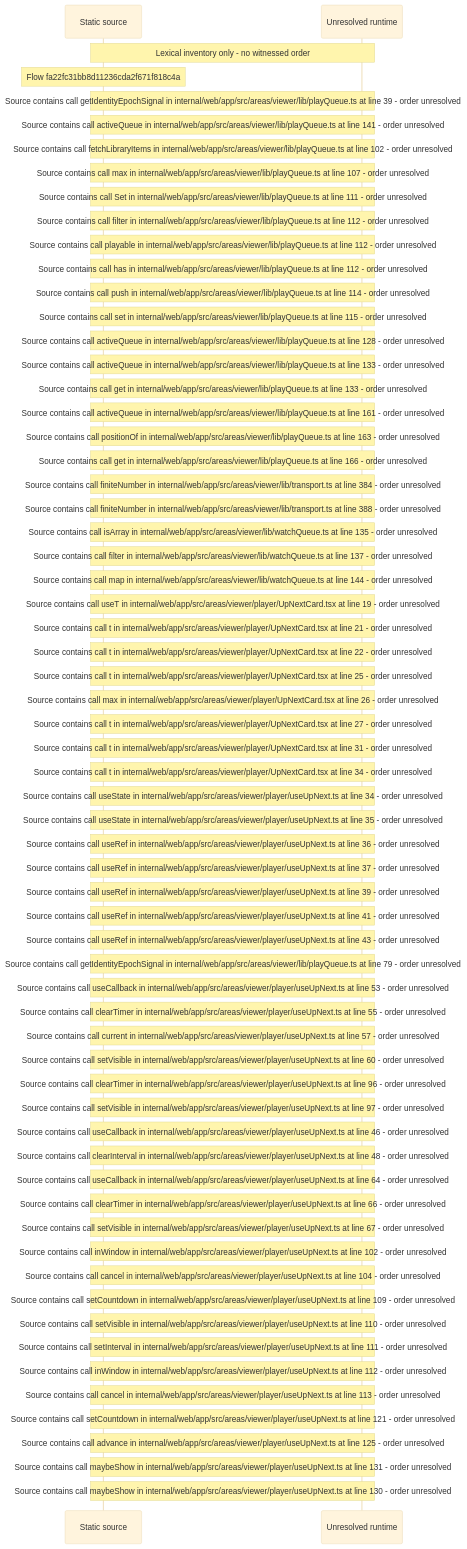
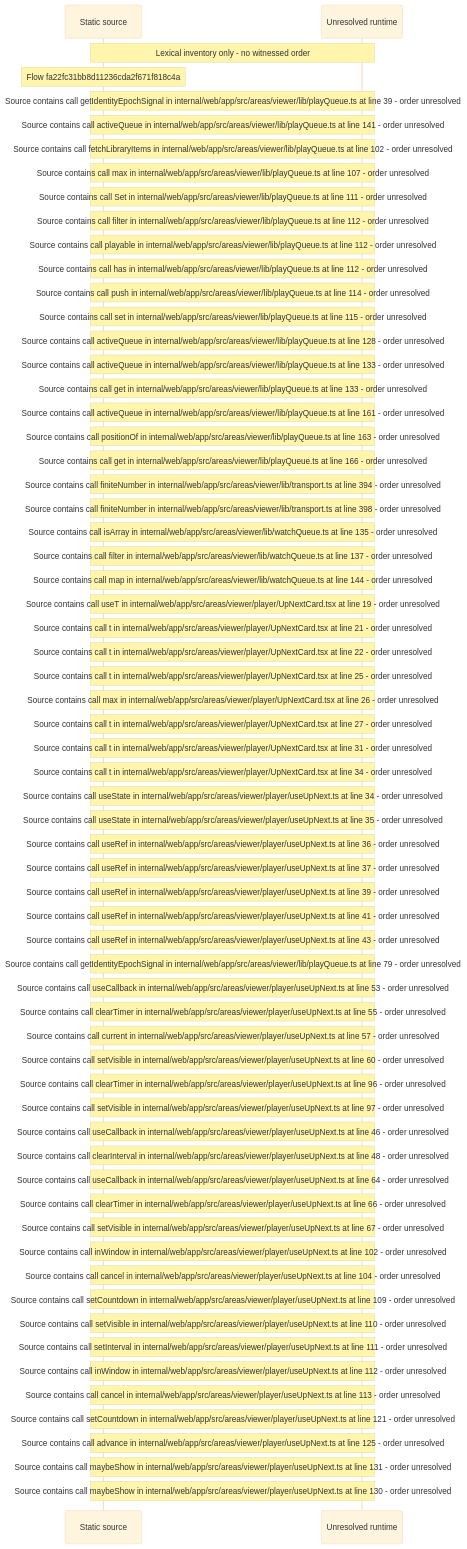
Before and after one commit to beamfall/core: the diagram in docs/web/flows/generated/fa22fc31bb8d11236cda2f671f818c4a/flow-diagram.md, drawn with Mermaid (base theme). The commit also changed other lines of this file and 715 other files, not shown here.

Commit message:
Regenerate the web flow record on the landing stack head (CORE-1762)

````diff
--- a/docs/web/flows/generated/fa22fc31bb8d11236cda2f671f818c4a/flow-diagram.md
+++ b/docs/web/flows/generated/fa22fc31bb8d11236cda2f671f818c4a/flow-diagram.md
@@ -10,66 +10,66 @@
 ```mermaid
 sequenceDiagram
     participant S as Static source
     participant U as Unresolved runtime
     Note over S,U: Lexical inventory only - no witnessed order
     Note over S: Flow fa22fc31bb8d11236cda2f671f818c4a
     Note over S,U: Source contains call getIdentityEpochSignal in internal/web/app/src/areas/viewer/lib/playQueue.ts at line 39 - order unresolved
     Note over S,U: Source contains call activeQueue in internal/web/app/src/areas/viewer/lib/playQueue.ts at line 141 - order unresolved
     Note over S,U: Source contains call fetchLibraryItems in internal/web/app/src/areas/viewer/lib/playQueue.ts at line 102 - order unresolved
     Note over S,U: Source contains call max in internal/web/app/src/areas/viewer/lib/playQueue.ts at line 107 - order unresolved
     Note over S,U: Source contains call Set in internal/web/app/src/areas/viewer/lib/playQueue.ts at line 111 - order unresolved
     Note over S,U: Source contains call filter in internal/web/app/src/areas/viewer/lib/playQueue.ts at line 112 - order unresolved
     Note over S,U: Source contains call playable in internal/web/app/src/areas/viewer/lib/playQueue.ts at line 112 - order unresolved
     Note over S,U: Source contains call has in internal/web/app/src/areas/viewer/lib/playQueue.ts at line 112 - order unresolved
     Note over S,U: Source contains call push in internal/web/app/src/areas/viewer/lib/playQueue.ts at line 114 - order unresolved
     Note over S,U: Source contains call set in internal/web/app/src/areas/viewer/lib/playQueue.ts at line 115 - order unresolved
     Note over S,U: Source contains call activeQueue in internal/web/app/src/areas/viewer/lib/playQueue.ts at line 128 - order unresolved
     Note over S,U: Source contains call activeQueue in internal/web/app/src/areas/viewer/lib/playQueue.ts at line 133 - order unresolved
     Note over S,U: Source contains call get in internal/web/app/src/areas/viewer/lib/playQueue.ts at line 133 - order unresolved
     Note over S,U: Source contains call activeQueue in internal/web/app/src/areas/viewer/lib/playQueue.ts at line 161 - order unresolved
     Note over S,U: Source contains call positionOf in internal/web/app/src/areas/viewer/lib/playQueue.ts at line 163 - order unresolved
     Note over S,U: Source contains call get in internal/web/app/src/areas/viewer/lib/playQueue.ts at line 166 - order unresolved
-    Note over S,U: Source contains call finiteNumber in internal/web/app/src/areas/viewer/lib/transport.ts at line 384 - order unresolved
-    Note over S,U: Source contains call finiteNumber in internal/web/app/src/areas/viewer/lib/transport.ts at line 388 - order unresolved
+    Note over S,U: Source contains call finiteNumber in internal/web/app/src/areas/viewer/lib/transport.ts at line 394 - order unresolved
+    Note over S,U: Source contains call finiteNumber in internal/web/app/src/areas/viewer/lib/transport.ts at line 398 - order unresolved
     Note over S,U: Source contains call isArray in internal/web/app/src/areas/viewer/lib/watchQueue.ts at line 135 - order unresolved
     Note over S,U: Source contains call filter in internal/web/app/src/areas/viewer/lib/watchQueue.ts at line 137 - order unresolved
     Note over S,U: Source contains call map in internal/web/app/src/areas/viewer/lib/watchQueue.ts at line 144 - order unresolved
     Note over S,U: Source contains call useT in internal/web/app/src/areas/viewer/player/UpNextCard.tsx at line 19 - order unresolved
     Note over S,U: Source contains call t in internal/web/app/src/areas/viewer/player/UpNextCard.tsx at line 21 - order unresolved
     Note over S,U: Source contains call t in internal/web/app/src/areas/viewer/player/UpNextCard.tsx at line 22 - order unresolved
     Note over S,U: Source contains call t in internal/web/app/src/areas/viewer/player/UpNextCard.tsx at line 25 - order unresolved
     Note over S,U: Source contains call max in internal/web/app/src/areas/viewer/player/UpNextCard.tsx at line 26 - order unresolved
     Note over S,U: Source contains call t in internal/web/app/src/areas/viewer/player/UpNextCard.tsx at line 27 - order unresolved
     Note over S,U: Source contains call t in internal/web/app/src/areas/viewer/player/UpNextCard.tsx at line 31 - order unresolved
     Note over S,U: Source contains call t in internal/web/app/src/areas/viewer/player/UpNextCard.tsx at line 34 - order unresolved
     Note over S,U: Source contains call useState in internal/web/app/src/areas/viewer/player/useUpNext.ts at line 34 - order unresolved
     Note over S,U: Source contains call useState in internal/web/app/src/areas/viewer/player/useUpNext.ts at line 35 - order unresolved
     Note over S,U: Source contains call useRef in internal/web/app/src/areas/viewer/player/useUpNext.ts at line 36 - order unresolved
     Note over S,U: Source contains call useRef in internal/web/app/src/areas/viewer/player/useUpNext.ts at line 37 - order unresolved
     Note over S,U: Source contains call useRef in internal/web/app/src/areas/viewer/player/useUpNext.ts at line 39 - order unresolved
     Note over S,U: Source contains call useRef in internal/web/app/src/areas/viewer/player/useUpNext.ts at line 41 - order unresolved
     Note over S,U: Source contains call useRef in internal/web/app/src/areas/viewer/player/useUpNext.ts at line 43 - order unresolved
     Note over S,U: Source contains call getIdentityEpochSignal in internal/web/app/src/areas/viewer/lib/playQueue.ts at line 79 - order unresolved
     Note over S,U: Source contains call useCallback in internal/web/app/src/areas/viewer/player/useUpNext.ts at line 53 - order unresolved
     Note over S,U: Source contains call clearTimer in internal/web/app/src/areas/viewer/player/useUpNext.ts at line 55 - order unresolved
     Note over S,U: Source contains call current in internal/web/app/src/areas/viewer/player/useUpNext.ts at line 57 - order unresolved
     Note over S,U: Source contains call setVisible in internal/web/app/src/areas/viewer/player/useUpNext.ts at line 60 - order unresolved
     Note over S,U: Source contains call clearTimer in internal/web/app/src/areas/viewer/player/useUpNext.ts at line 96 - order unresolved
     Note over S,U: Source contains call setVisible in internal/web/app/src/areas/viewer/player/useUpNext.ts at line 97 - order unresolved
     Note over S,U: Source contains call useCallback in internal/web/app/src/areas/viewer/player/useUpNext.ts at line 46 - order unresolved
     Note over S,U: Source contains call clearInterval in internal/web/app/src/areas/viewer/player/useUpNext.ts at line 48 - order unresolved
     Note over S,U: Source contains call useCallback in internal/web/app/src/areas/viewer/player/useUpNext.ts at line 64 - order unresolved
     Note over S,U: Source contains call clearTimer in internal/web/app/src/areas/viewer/player/useUpNext.ts at line 66 - order unresolved
     Note over S,U: Source contains call setVisible in internal/web/app/src/areas/viewer/player/useUpNext.ts at line 67 - order unresolved
     Note over S,U: Source contains call inWindow in internal/web/app/src/areas/viewer/player/useUpNext.ts at line 102 - order unresolved
     Note over S,U: Source contains call cancel in internal/web/app/src/areas/viewer/player/useUpNext.ts at line 104 - order unresolved
     Note over S,U: Source contains call setCountdown in internal/web/app/src/areas/viewer/player/useUpNext.ts at line 109 - order unresolved
     Note over S,U: Source contains call setVisible in internal/web/app/src/areas/viewer/player/useUpNext.ts at line 110 - order unresolved
     Note over S,U: Source contains call setInterval in internal/web/app/src/areas/viewer/player/useUpNext.ts at line 111 - order unresolved
     Note over S,U: Source contains call inWindow in internal/web/app/src/areas/viewer/player/useUpNext.ts at line 112 - order unresolved
     Note over S,U: Source contains call cancel in internal/web/app/src/areas/viewer/player/useUpNext.ts at line 113 - order unresolved
     Note over S,U: Source contains call setCountdown in internal/web/app/src/areas/viewer/player/useUpNext.ts at line 121 - order unresolved
     Note over S,U: Source contains call advance in internal/web/app/src/areas/viewer/player/useUpNext.ts at line 125 - order unresolved
     Note over S,U: Source contains call maybeShow in internal/web/app/src/areas/viewer/player/useUpNext.ts at line 131 - order unresolved
     Note over S,U: Source contains call maybeShow in internal/web/app/src/areas/viewer/player/useUpNext.ts at line 130 - order unresolved
 ```
````
